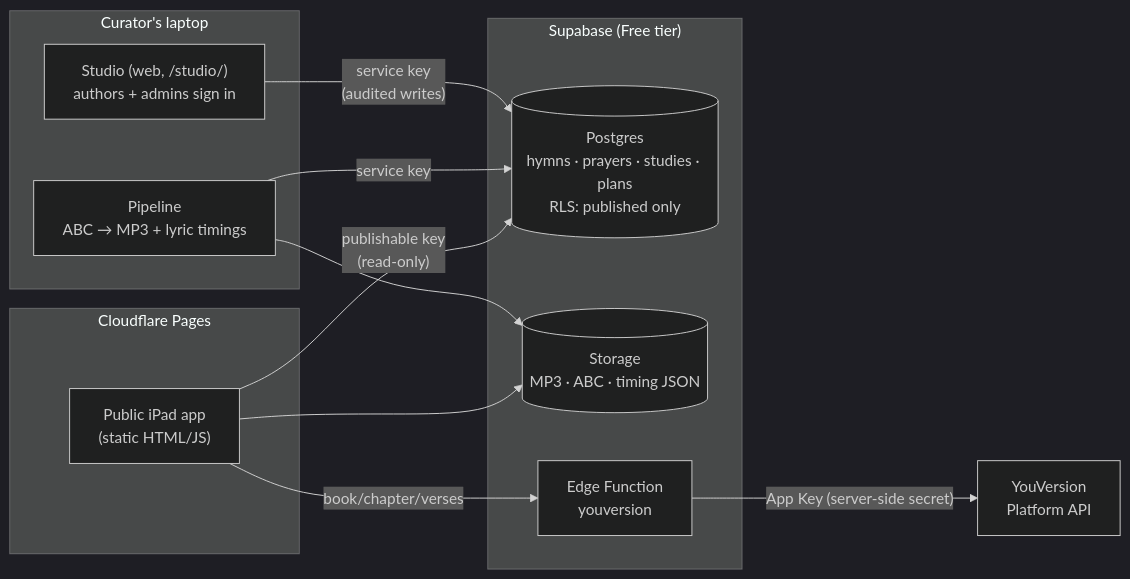
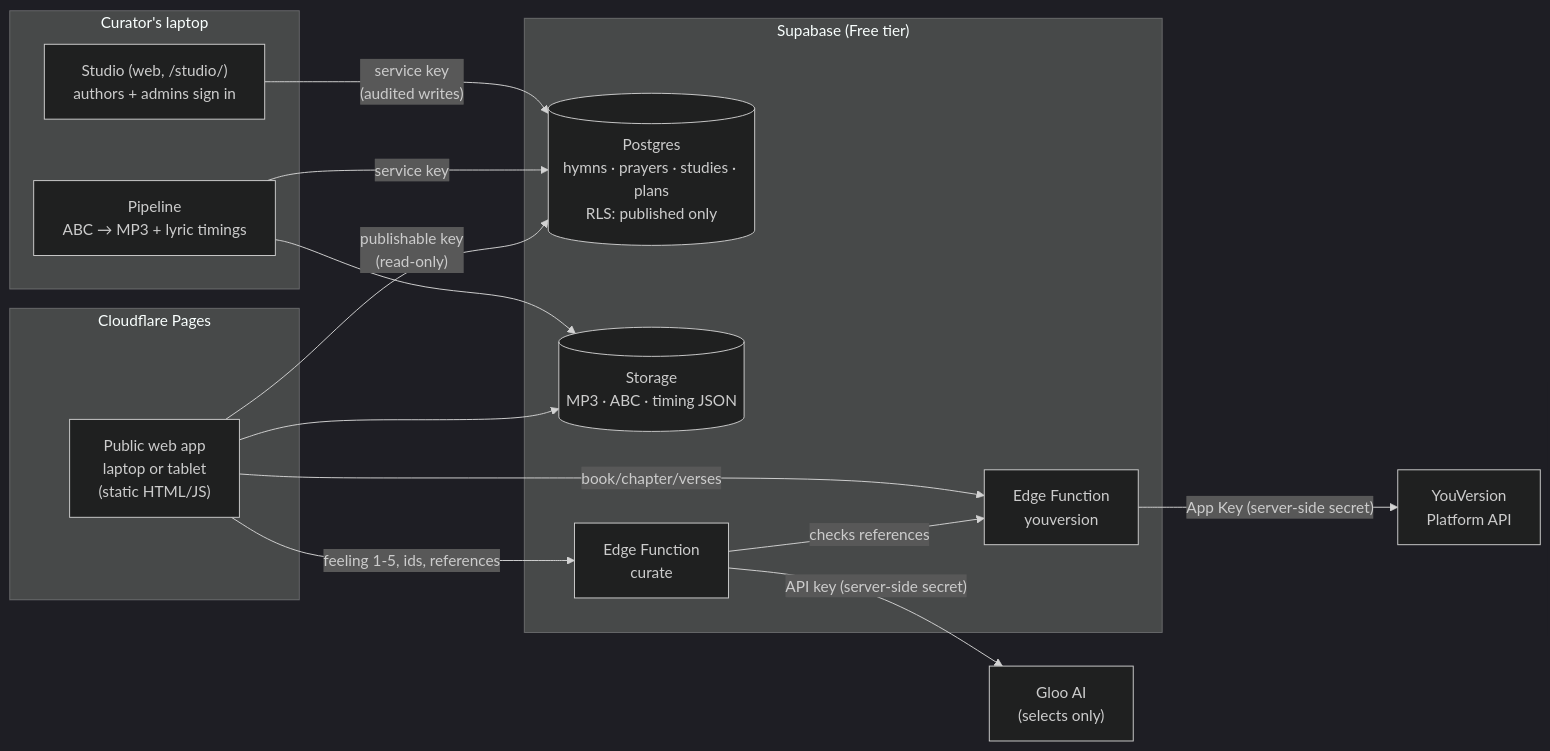
One commit to JohnPClark27/evergreen changed the diagram in README.md. Above: the diagram before and after it, drawn with Mermaid (dark theme). The commit also changed other lines of this file and 16 other files, not shown here.

First line of the commit message:
docs: project overview from the submission; laptop or tablet; no Alzheimer's framing

````diff
--- a/README.md
+++ b/README.md
@@ -80,23 +84,28 @@
 ```mermaid
 flowchart LR
   subgraph Laptop["Curator's laptop"]
     A["Studio (web, /studio/)<br/>authors + admins sign in"]
     P["Pipeline<br/>ABC → MP3 + lyric timings"]
   end
   subgraph Supabase["Supabase (Free tier)"]
     DB[("Postgres<br/>hymns · prayers · studies · plans<br/>RLS: published only")]
     ST[("Storage<br/>MP3 · ABC · timing JSON")]
     EF["Edge Function<br/>youversion"]
+    CU["Edge Function<br/>curate"]
   end
   YV["YouVersion<br/>Platform API"]
+  GL["Gloo AI<br/>(selects only)"]
   subgraph Pages["Cloudflare Pages"]
-    W["Public iPad app<br/>(static HTML/JS)"]
+    W["Public web app<br/>laptop or tablet<br/>(static HTML/JS)"]
   end
   A -- "service key<br/>(audited writes)" --> DB
   P -- "service key" --> DB
   P --> ST
   W -- "publishable key<br/>(read-only)" --> DB
   W --> ST
   W -- "book/chapter/verses" --> EF
   EF -- "App Key (server-side secret)" --> YV
+  W -- "feeling 1-5, ids, references" --> CU
+  CU -- "API key (server-side secret)" --> GL
+  CU -- "checks references" --> EF
 ```
````
